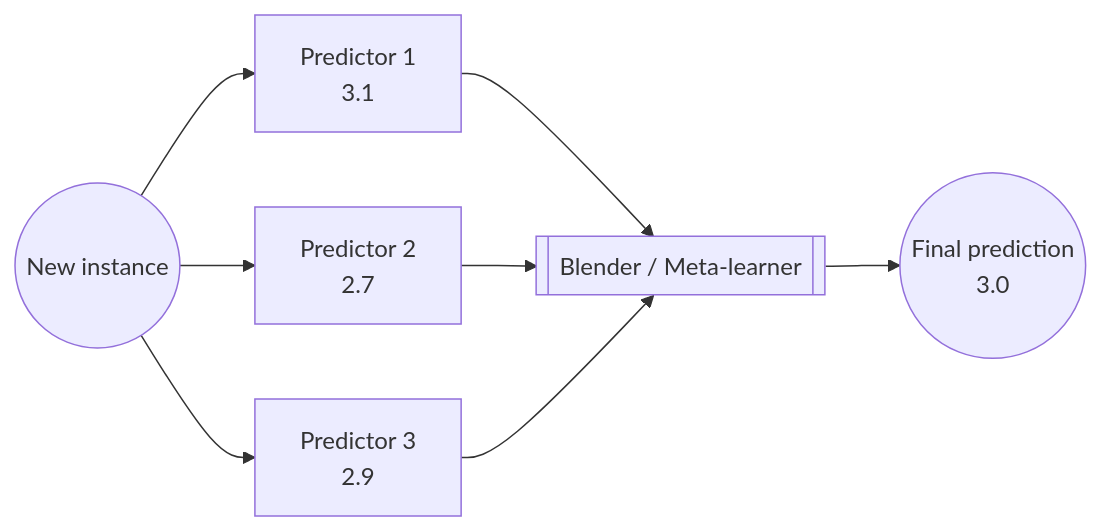
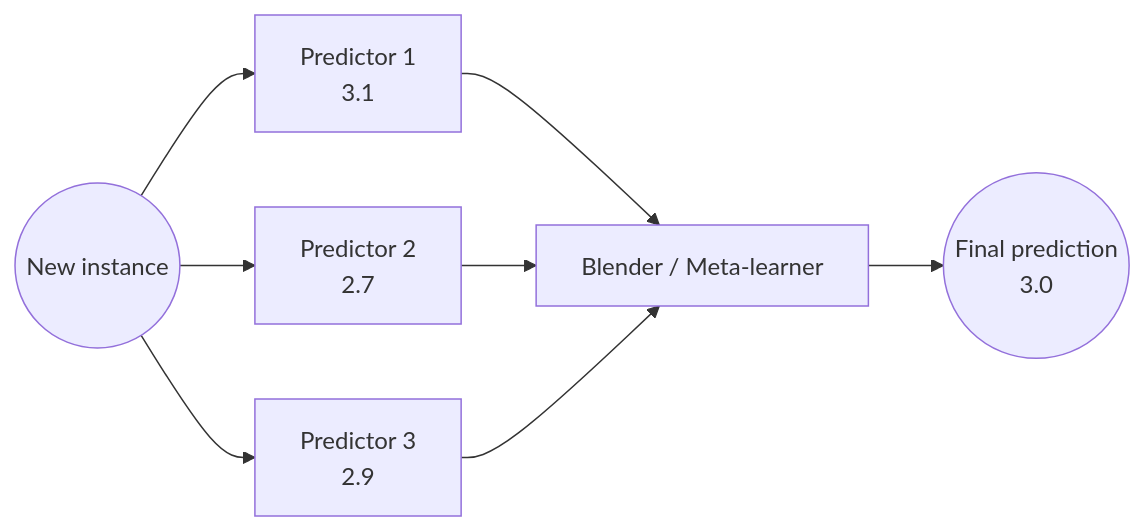
Before and after one commit to NalinDalal/machine-learning: the first of 3 diagrams in chap-7.md, drawn with Mermaid. The commit also changed other lines of this file and 3 other files, not shown here.

````diff
--- a/chap-7.md
+++ b/chap-7.md
@@ -281,11 +292,11 @@
 ```mermaid
 flowchart LR
     new((New instance))
     new --> p1["Predictor 1<br> 3.1"]
     new --> p2["Predictor 2<br> 2.7"]
     new --> p3["Predictor 3<br>2.9"]
-    p1 --> blend[["Blender / Meta-learner"]]
+    p1 --> blend["Blender / Meta-learner"]
     p2 --> blend
     p3 --> blend
     blend --> final(("Final prediction<br>3.0"))
 ```
````
